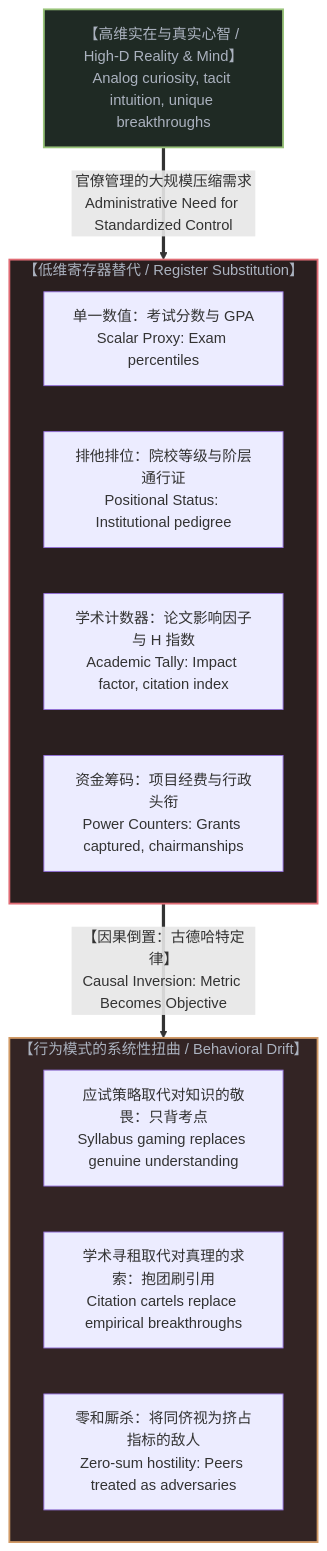
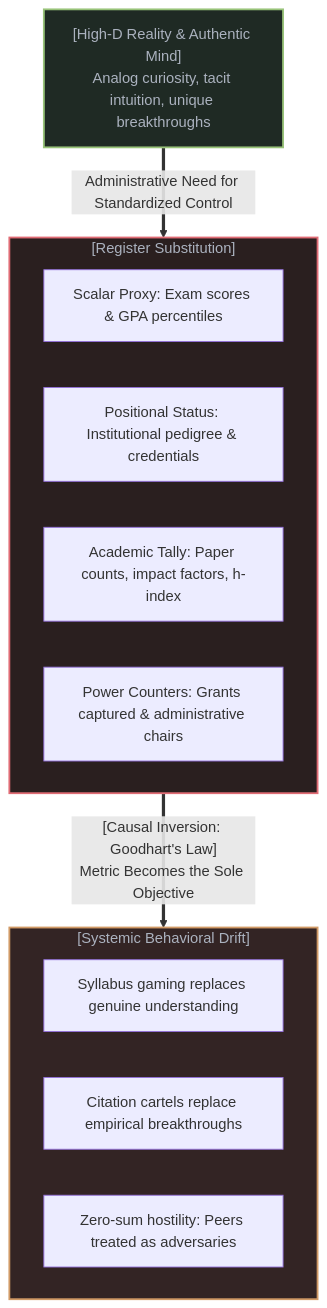
Before and after one commit to powerpig99/not-a-toe: the fourth of 8 diagrams in content/posts/the-reversal-of-education-and-science.md, drawn with Mermaid. The commit also changed other lines of this file and 7 other files, not shown here.

````diff
--- a/content/posts/the-reversal-of-education-and-science.md
+++ b/content/posts/the-reversal-of-education-and-science.md
@@ -74,25 +144,25 @@
 ```mermaid
 graph TD
-    HighDReality["【高维实在与真实心智 / High-D Reality & Mind】<br>Analog curiosity, tacit intuition, unique breakthroughs"]
+    HighDReality["[High-D Reality & Authentic Mind]<br>Analog curiosity, tacit intuition, unique breakthroughs"]
     
-    HighDReality ==>|"官僚管理的大规模压缩需求<br>Administrative Need for Standardized Control"| LowDRegister
+    HighDReality ==>|"Administrative Need for Standardized Control"| LowDRegister
     
-    subgraph LowDRegister["【低维寄存器替代 / Register Substitution】"]
-        Metric1["单一数值：考试分数与 GPA<br>Scalar Proxy: Exam percentiles"]
-        Metric2["排他排位：院校等级与阶层通行证<br>Positional Status: Institutional pedigree"]
-        Metric3["学术计数器：论文影响因子与 H 指数<br>Academic Tally: Impact factor, citation index"]
-        Metric4["资金筹码：项目经费与行政头衔<br>Power Counters: Grants captured, chairmanships"]
+    subgraph LowDRegister["[Register Substitution]"]
+        Metric1["Scalar Proxy: Exam scores & GPA percentiles"]
+        Metric2["Positional Status: Institutional pedigree & credentials"]
+        Metric3["Academic Tally: Paper counts, impact factors, h-index"]
+        Metric4["Power Counters: Grants captured & administrative chairs"]
     end
     
-    LowDRegister ==>|"【因果倒置：古德哈特定律】<br>Causal Inversion: Metric Becomes Objective"| BehaviorDrift
+    LowDRegister ==>|"[Causal Inversion: Goodhart's Law]<br>Metric Becomes the Sole Objective"| BehaviorDrift
     
-    subgraph BehaviorDrift["【行为模式的系统性扭曲 / Behavioral Drift】"]
-        DriftA["应试策略取代对知识的敬畏：只背考点<br>Syllabus gaming replaces genuine understanding"]
-        DriftB["学术寻租取代对真理的求索：抱团刷引用<br>Citation cartels replace empirical breakthroughs"]
-        DriftC["零和厮杀：将同侪视为挤占指标的敌人<br>Zero-sum hostility: Peers treated as adversaries"]
+    subgraph BehaviorDrift["[Systemic Behavioral Drift]"]
+        DriftA["Syllabus gaming replaces genuine understanding"]
+        DriftB["Citation cartels replace empirical breakthroughs"]
+        DriftC["Zero-sum hostility: Peers treated as adversaries"]
     end
 
     style HighDReality fill:#1f2a24,stroke:#98c379,stroke-width:2px,color:#abb2bf
     style LowDRegister fill:#2a1f1f,stroke:#e06c75,stroke-width:2px,color:#abb2bf
     style BehaviorDrift fill:#332424,stroke:#d19a66,stroke-width:2px,color:#abb2bf
 ```
````
